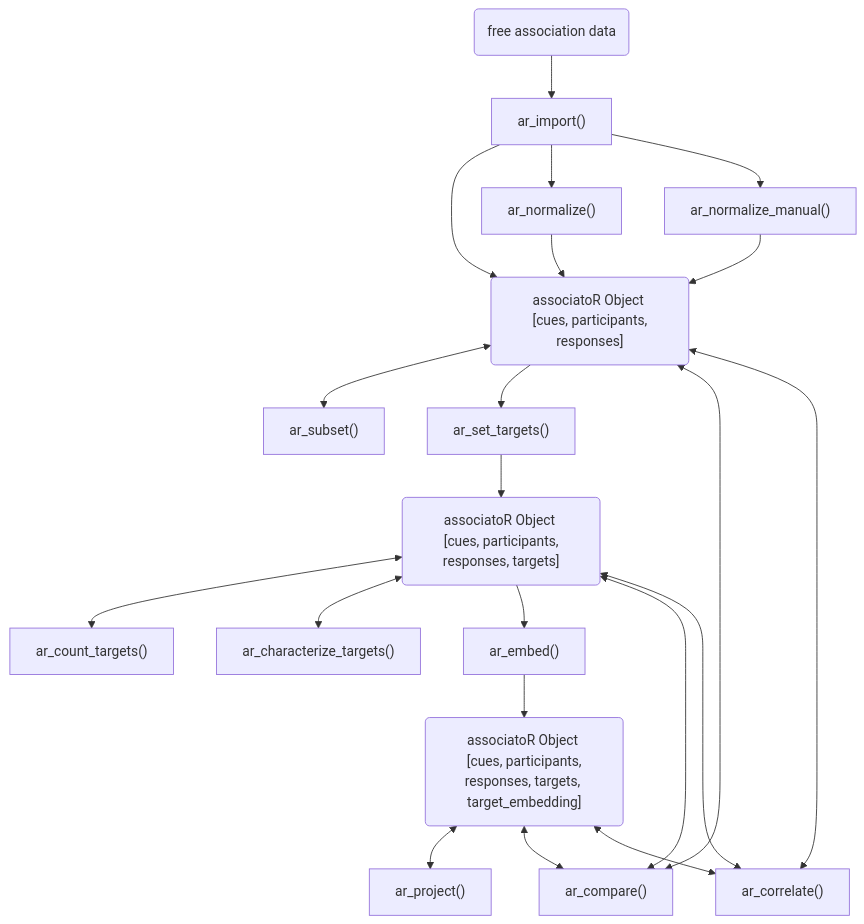
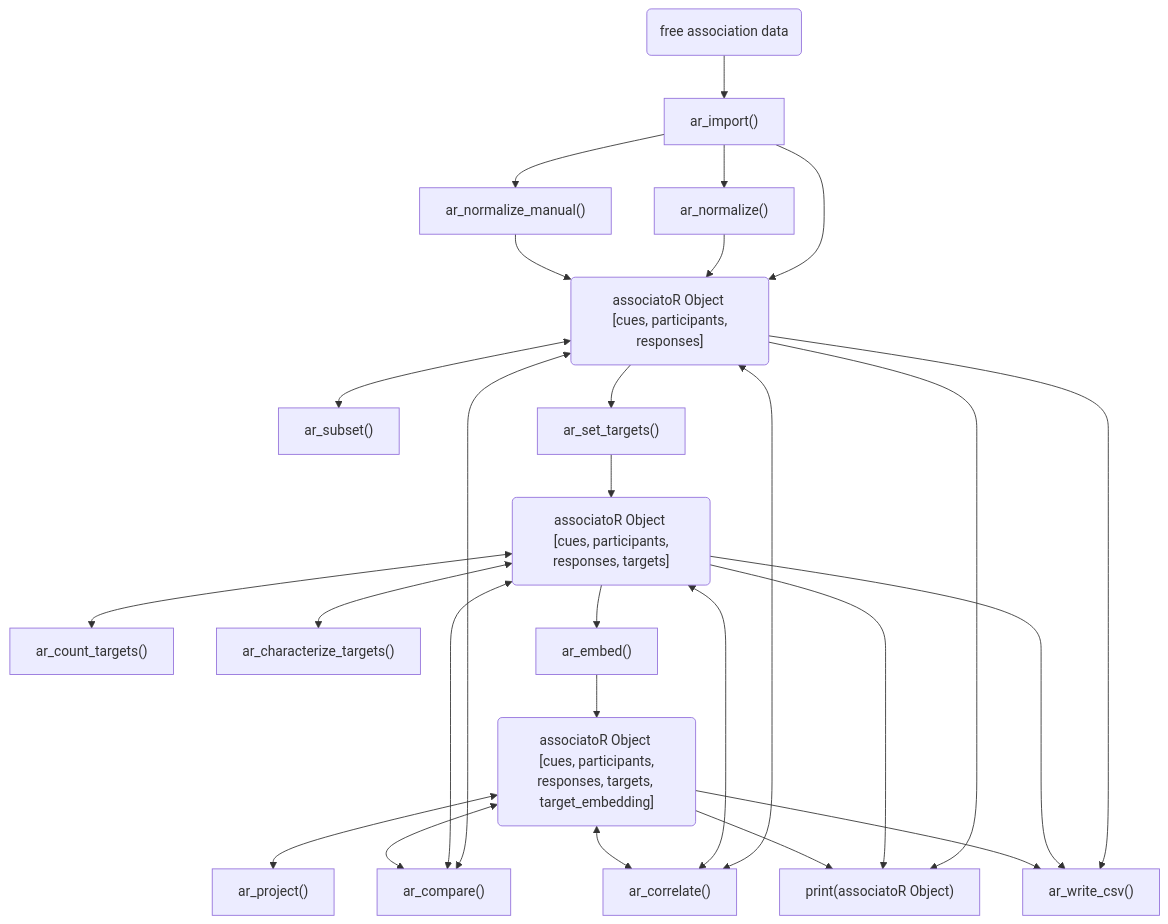
Before and after one commit to samuelae/associatoR: the diagram in README.md, drawn with Mermaid. The commit also changed 2 other files, not shown here.

Commit message:
make ar_export_csv compatible with target embeddings

````diff
--- a/README.md
+++ b/README.md
@@ -29,31 +29,41 @@
 ``` mermaid
 flowchart TD
     DATA(free association data) --> IMPORT["ar_import()"]
     IMPORT --> OBJ("associatoR Object \n [cues, participants, responses]")
     IMPORT --> NORM["ar_normalize()"] --> OBJ
     IMPORT --> NORMM["ar_normalize_manual()"] --> OBJ
 
     OBJ <--> SUB["ar_subset()"]
 
     OBJ --> SET["ar_set_targets()"]
 
     SET --> OBJT("associatoR Object \n [cues, participants, responses, targets]")
 
     OBJT <--> COUNT["ar_count_targets()"]
     OBJT <--> CHAR["ar_characterize_targets()"]
 
     OBJT --> EMBED["ar_embed()"]
     EMBED --> OBJTE("associatoR Object \n [cues, participants, responses, targets, target_embedding]")
 
     OBJTE <--> PROJ["ar_project()"]
 
     COMP["ar_compare()"]
     OBJ <--> COMP
     OBJT <--> COMP
     OBJTE <--> COMP
 
     CORR["ar_correlate()"]
     OBJ <--> CORR
     OBJT <--> CORR
     OBJTE <--> CORR
+    
+    PRINT["print(associatoR Object)"]
+    OBJ --> PRINT
+    OBJT --> PRINT
+    OBJTE --> PRINT
+
+    CSV["ar_write_csv()"]
+    OBJ --> CSV
+    OBJT --> CSV
+    OBJTE --> CSV
 ```
````
